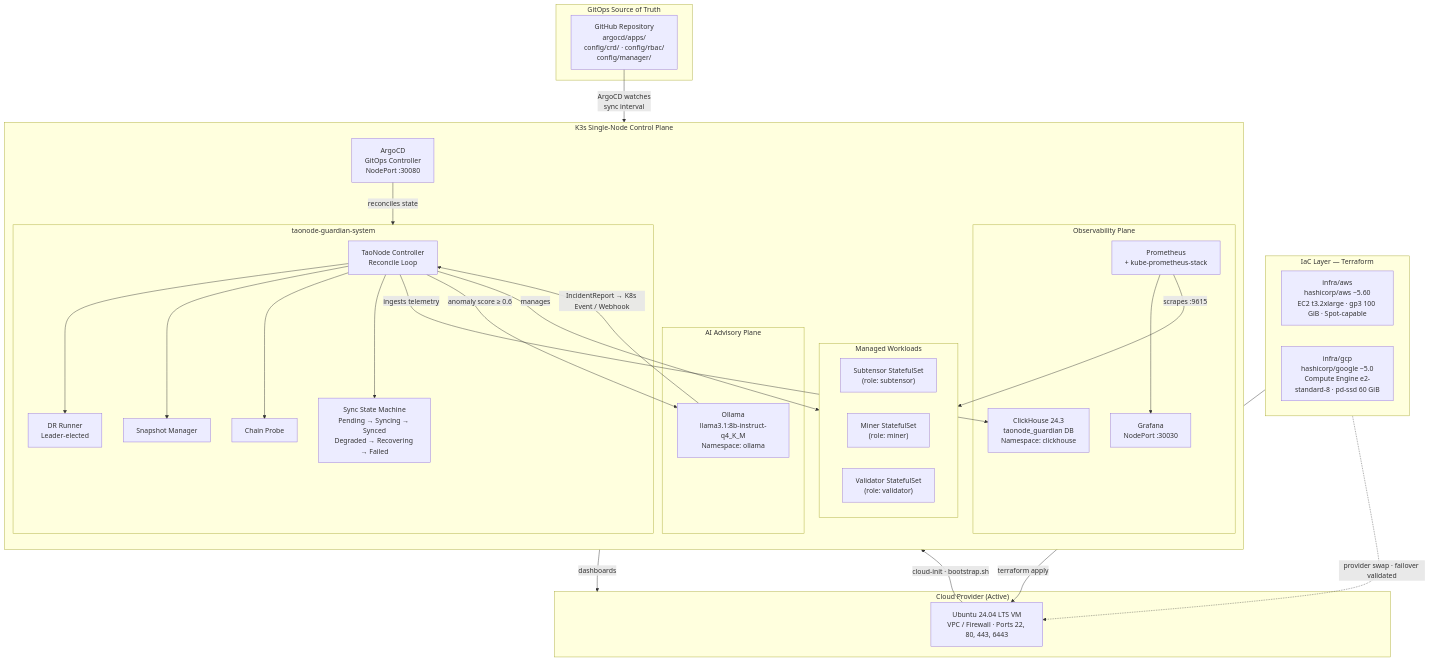
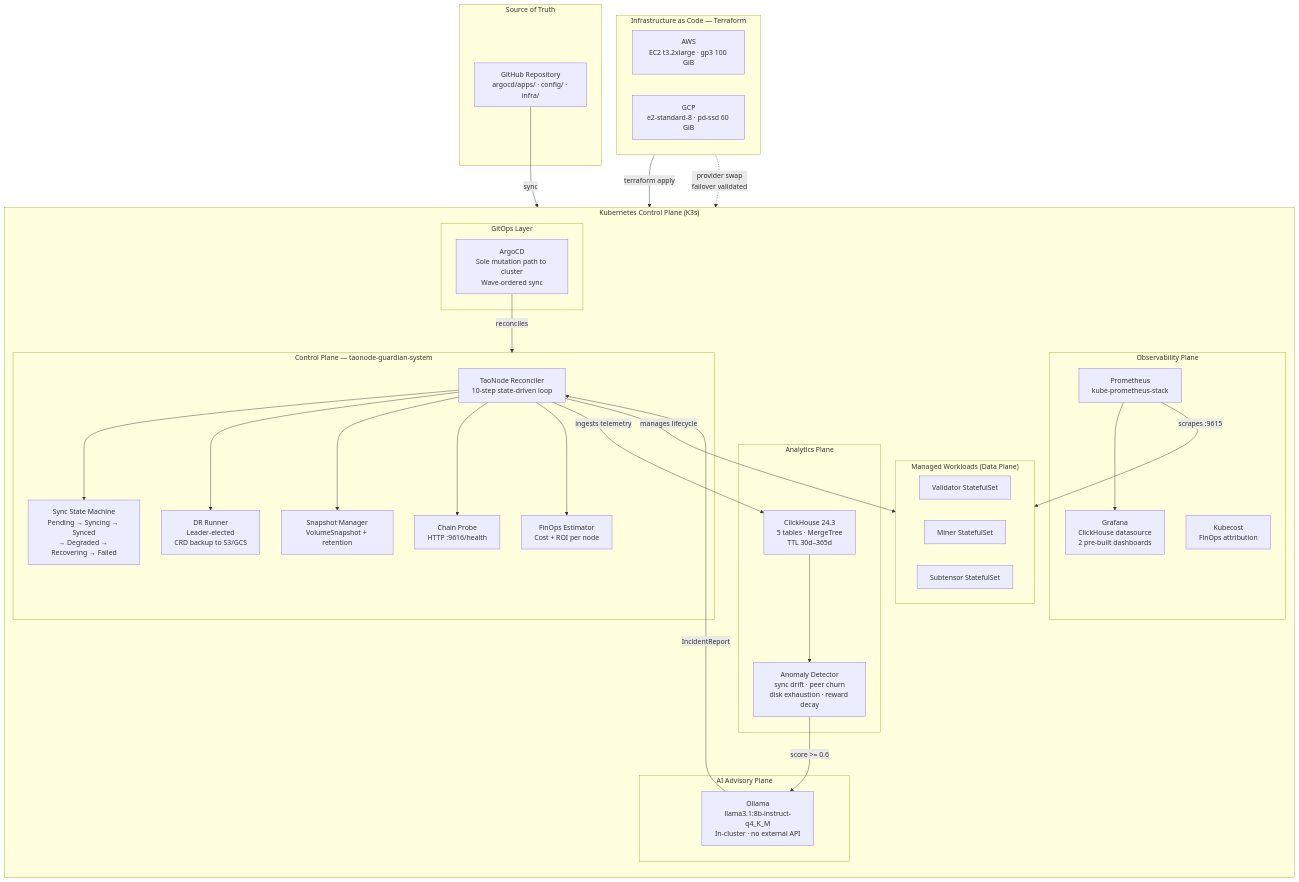
One commit to ClaudioBotelhOSB/TaoNode-Guardian changed the diagram in README.md. Above: the diagram before and after it, drawn with Mermaid. The commit also changed other lines of this file, not shown here.

Commit message:
docs: update README with refined architecture diagrams and expanded project documentation

````diff
--- a/README.md
+++ b/README.md
@@ -38,63 +44,68 @@
 ```mermaid
 graph TB
-    subgraph IaC ["IaC Layer — Terraform"]
+    subgraph IaC ["Infrastructure as Code — Terraform"]
         direction LR
-        TF_AWS["infra/aws<br/>hashicorp/aws ~5.60<br/>EC2 t3.2xlarge · gp3 100 GiB · Spot-capable"]
-        TF_GCP["infra/gcp<br/>hashicorp/google ~5.0<br/>Compute Engine e2-standard-8 · pd-ssd 60 GiB"]
+        TF_AWS["AWS<br/>EC2 t3.2xlarge · gp3 100 GiB"]
+        TF_GCP["GCP<br/>e2-standard-8 · pd-ssd 60 GiB"]
     end
 
-    subgraph Cloud ["Cloud Provider (Active)"]
-        VM["Ubuntu 24.04 LTS VM<br/>VPC / Firewall · Ports 22, 80, 443, 6443"]
-    end
+    subgraph K3s ["Kubernetes Control Plane (K3s)"]
+        direction TB
 
-    subgraph K3s ["K3s Single-Node Control Plane"]
-        direction TB
-        ARGOCD["ArgoCD<br/>GitOps Controller<br/>NodePort :30080"]
+        subgraph GitOps ["GitOps Layer"]
+            ARGOCD["ArgoCD<br/>Sole mutation path to cluster<br/>Wave-ordered sync"]
+        end
 
-        subgraph Operator ["taonode-guardian-system"]
-            CTRL["TaoNode Controller<br/>Reconcile Loop"]
-            DR["DR Runner<br/>Leader-elected"]
-            SNAP["Snapshot Manager"]
-            PROBE["Chain Probe"]
-            FSM["Sync State Machine<br/>Pending → Syncing → Synced<br/>Degraded → Recovering → Failed"]
-            CTRL --> DR
-            CTRL --> SNAP
-            CTRL --> PROBE
-            CTRL --> FSM
+        subgraph ControlPlane ["Control Plane — taonode-guardian-system"]
+            RECONCILER["TaoNode Reconciler<br/>10-step state-driven loop"]
+            FSM["Sync State Machine<br/>Pending → Syncing → Synced<br/>→ Degraded → Recovering → Failed"]
+            DR["DR Runner<br/>Leader-elected<br/>CRD backup to S3/GCS"]
+            SNAP["Snapshot Manager<br/>VolumeSnapshot + retention"]
+            PROBE["Chain Probe<br/>HTTP :9616/health"]
+            FINOPS["FinOps Estimator<br/>Cost + ROI per node"]
+            RECONCILER --> FSM
+            RECONCILER --> DR
+            RECONCILER --> SNAP
+            RECONCILER --> PROBE
+            RECONCILER --> FINOPS
+        end
+
+        subgraph Analytics ["Analytics Plane"]
+            CH["ClickHouse 24.3<br/>5 tables · MergeTree<br/>TTL 30d–365d"]
+            ANOMALY["Anomaly Detector<br/>sync drift · peer churn<br/>disk exhaustion · reward decay"]
+            CH --> ANOMALY
+        end
+
+        subgraph AI ["AI Advisory Plane"]
+            OLLAMA["Ollama<br/>llama3.1:8b-instruct-q4_K_M<br/>In-cluster · no external API"]
         end
 
         subgraph Observability ["Observability Plane"]
-            PROM["Prometheus<br/>+ kube-prometheus-stack"]
-            GRAFANA["Grafana<br/>NodePort :30030"]
-            CH["ClickHouse 24.3<br/>taonode_guardian DB<br/>Namespace: clickhouse"]
+            PROM["Prometheus<br/>kube-prometheus-stack"]
+            GRAFANA["Grafana<br/>ClickHouse datasource<br/>2 pre-built dashboards"]
+            KUBECOST["Kubecost<br/>FinOps attribution"]
             PROM --> GRAFANA
         end
 
-        subgraph AI ["AI Advisory Plane"]
-            OLLAMA["Ollama<br/>llama3.1:8b-instruct-q4_K_M<br/>Namespace: ollama"]
+        subgraph Workloads ["Managed Workloads (Data Plane)"]
+            VAL["Validator StatefulSet"]
+            MINER["Miner StatefulSet"]
+            SUB["Subtensor StatefulSet"]
         end
 
-        subgraph Workloads ["Managed Workloads"]
-            SUBTENSOR["Subtensor StatefulSet<br/>(role: subtensor)"]
-            MINER["Miner StatefulSet<br/>(role: miner)"]
-            VALIDATOR["Validator StatefulSet<br/>(role: validator)"]
-        end
-
-        ARGOCD -->|"reconciles state"| Operator
-        CTRL -->|"ingests telemetry"| CH
-        CTRL -->|"anomaly score ≥ 0.6"| OLLAMA
-        OLLAMA -->|"IncidentReport → K8s Event / Webhook"| CTRL
-        CTRL -->|"manages"| Workloads
+        ARGOCD -->|"reconciles"| ControlPlane
+        RECONCILER -->|"ingests telemetry"| CH
+        ANOMALY -->|"score >= 0.6"| OLLAMA
+        OLLAMA -->|"IncidentReport"| RECONCILER
+        RECONCILER -->|"manages lifecycle"| Workloads
         PROM -->|"scrapes :9615"| Workloads
     end
 
-    subgraph GitOps ["GitOps Source of Truth"]
-        REPO["GitHub Repository<br/>argocd/apps/<br/>config/crd/ · config/rbac/<br/>config/manager/"]
+    subgraph Repo ["Source of Truth"]
+        GIT["GitHub Repository<br/>argocd/apps/ · config/ · infra/"]
     end
 
-    TF_AWS -->|"terraform apply"| VM
-    TF_GCP -.->|"provider swap · failover validated"| VM
-    VM -->|"cloud-init · bootstrap.sh"| K3s
-    REPO -->|"ArgoCD watches<br/>sync interval"| ARGOCD
-    GRAFANA -->|"dashboards"| Cloud
+    TF_AWS -->|"terraform apply"| K3s
+    TF_GCP -.->|"provider swap<br/>failover validated"| K3s
+    GIT -->|"sync"| ARGOCD
 ```
````
